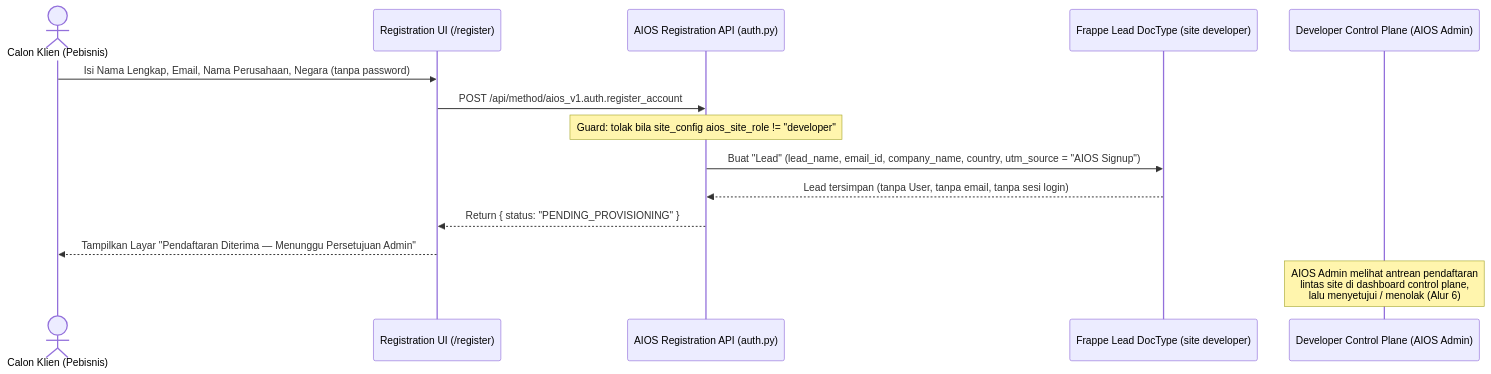
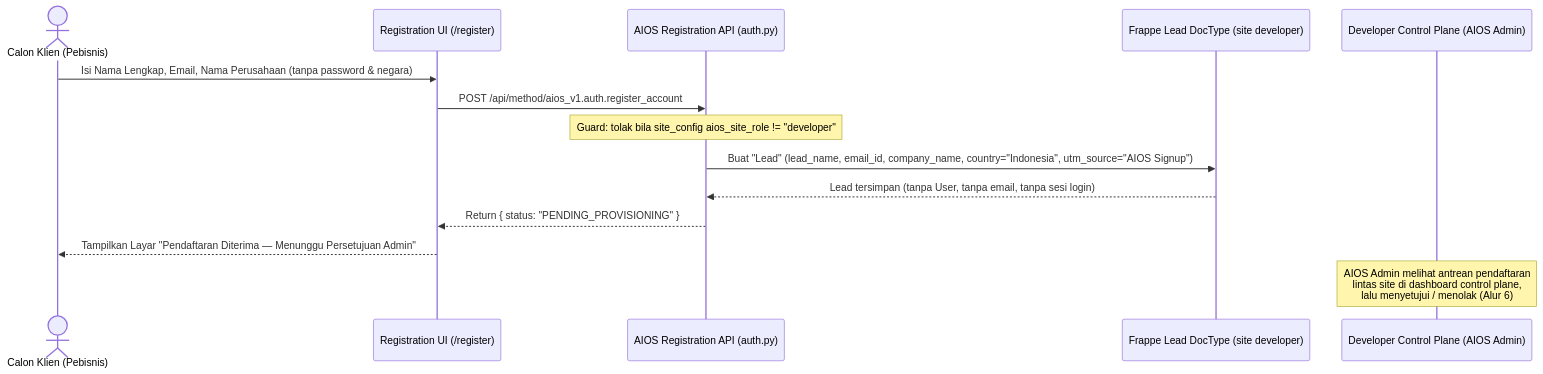
One commit to Tenshi1308/aios-frappe-16 changed the first of 8 diagrams in docs/04-alur-kerja-sistem.md. Above: the diagram before and after it, drawn with Mermaid. The commit also changed other lines of this file and 9 other files, not shown here.

````diff
--- a/docs/04-alur-kerja-sistem.md
+++ b/docs/04-alur-kerja-sistem.md
@@ -11,17 +11,17 @@
 ```mermaid
 sequenceDiagram
     actor Klien as Calon Klien (Pebisnis)
     participant UI as Registration UI (/register)
     participant API as AIOS Registration API (auth.py)
     participant DB as Frappe Lead DocType (site developer)
     participant CP as Developer Control Plane (AIOS Admin)
 
-    Klien->>UI: Isi Nama Lengkap, Email, Nama Perusahaan, Negara (tanpa password)
+    Klien->>UI: Isi Nama Lengkap, Email, Nama Perusahaan (tanpa password & negara)
     UI->>API: POST /api/method/aios_v1.auth.register_account
     Note over API: Guard: tolak bila site_config aios_site_role != "developer"
-    API->>DB: Buat "Lead" (lead_name, email_id, company_name, country, utm_source = "AIOS Signup")
+    API->>DB: Buat "Lead" (lead_name, email_id, company_name, country="Indonesia", utm_source="AIOS Signup")
     DB-->>API: Lead tersimpan (tanpa User, tanpa email, tanpa sesi login)
     API-->>UI: Return { status: "PENDING_PROVISIONING" }
     UI-->>Klien: Tampilkan Layar "Pendaftaran Diterima — Menunggu Persetujuan Admin"
     Note over CP: AIOS Admin melihat antrean pendaftaran<br/>lintas site di dashboard control plane,<br/>lalu menyetujui / menolak (Alur 6)
 ```
````
